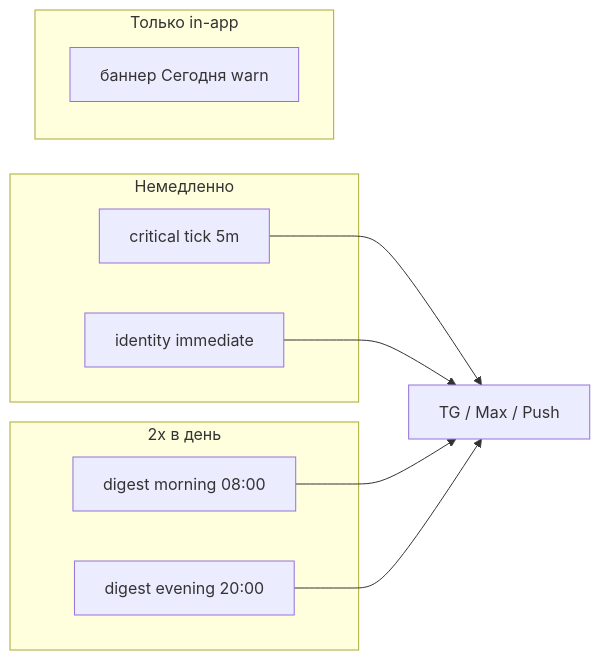
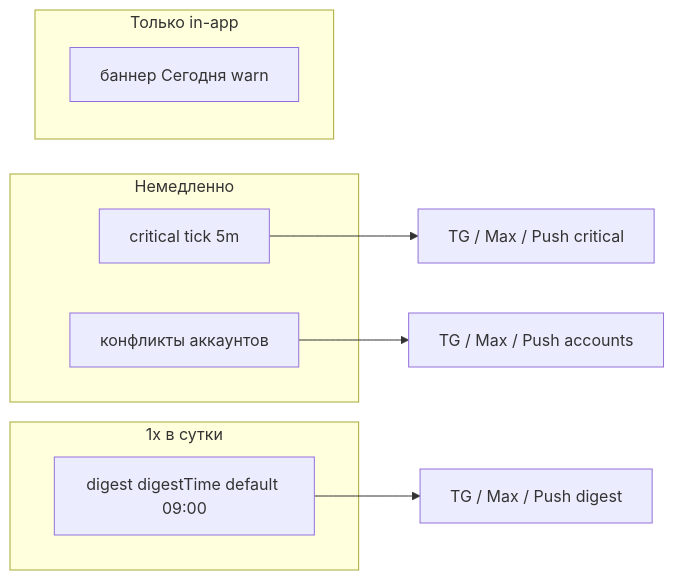
One commit to Dimmdao2/BersonCareBot changed the diagram in docs/OPERATOR_HEALTH_ALERTING_INITIATIVE/ROADMAP_WAVE2.md. Above: the diagram before and after it, drawn with Mermaid. The commit also changed other lines of this file and 57 other files, not shown here.

````diff
--- a/docs/OPERATOR_HEALTH_ALERTING_INITIATIVE/ROADMAP_WAVE2.md
+++ b/docs/OPERATOR_HEALTH_ALERTING_INITIATIVE/ROADMAP_WAVE2.md
@@ -40,18 +40,16 @@
 ```mermaid
 flowchart LR
   subgraph immediate [Немедленно]
     C[critical tick 5m]
-    I[identity immediate]
+    A[конфликты аккаунтов]
   end
-  subgraph scheduled [2x в день]
-    D[digest morning 08:00]
-    E[digest evening 20:00]
+  subgraph scheduled [1x в сутки]
+    D[digest digestTime default 09:00]
   end
   subgraph inapp [Только in-app]
     B[баннер Сегодня warn]
   end
-  C --> TG[TG / Max / Push]
-  I --> TG
-  D --> TG
-  E --> TG
+  C --> TGc[TG / Max / Push critical]
+  A --> TGa[TG / Max / Push accounts]
+  D --> TGd[TG / Max / Push digest]
 ```
````
